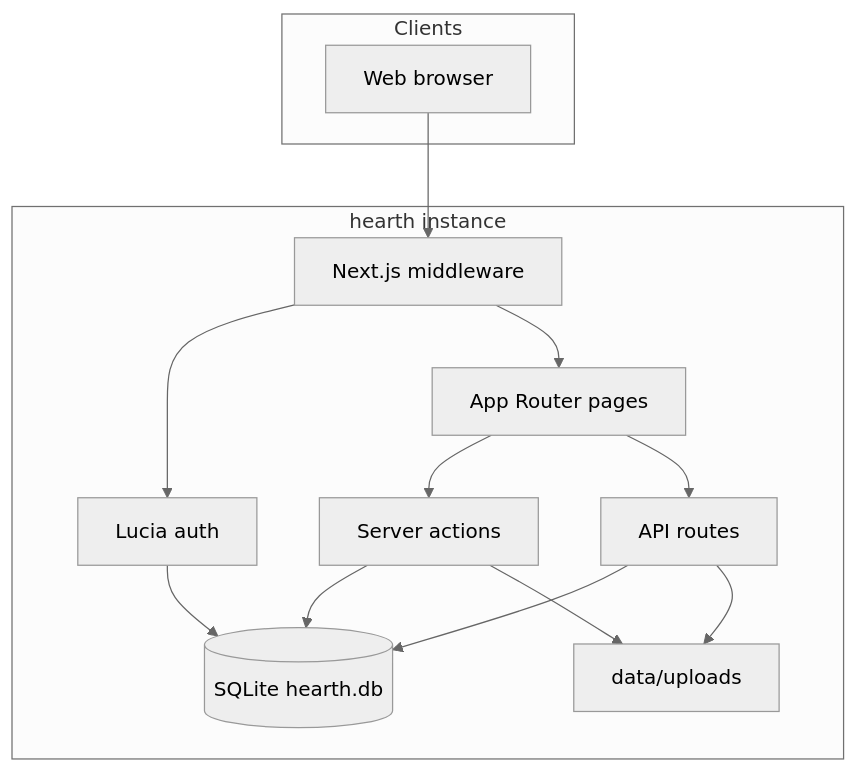
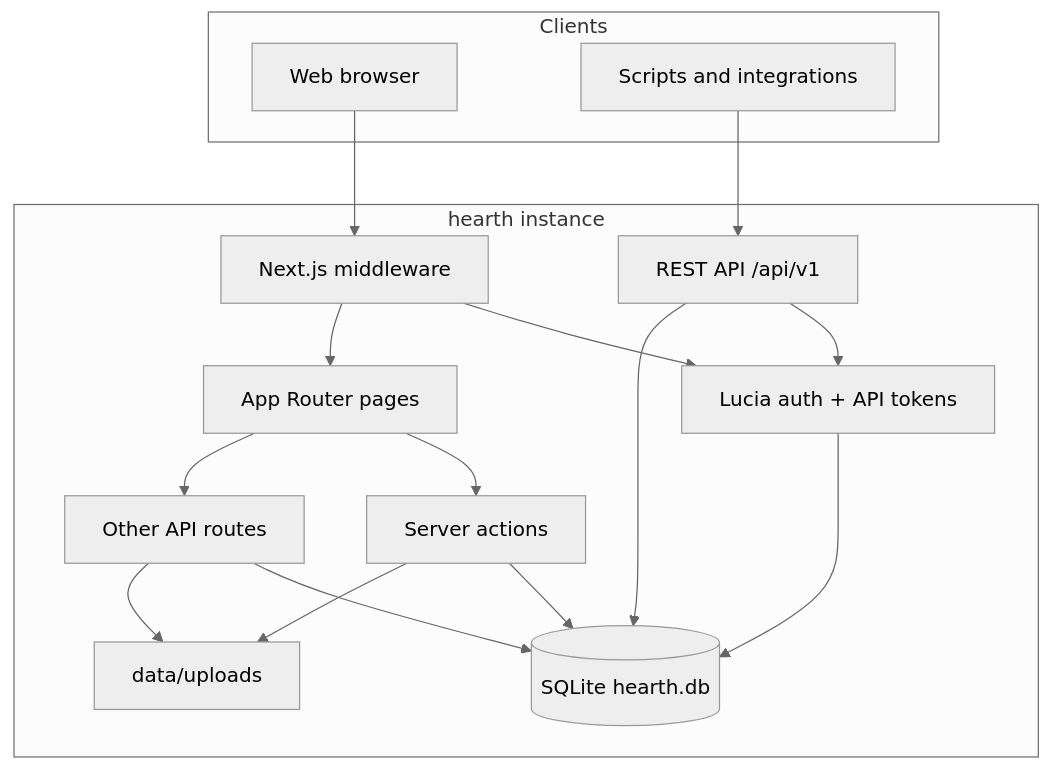
The first of 5 diagrams in docs/architecture/index.md (csubj/hearth), drawn with Mermaid (neutral theme) before and after one commit. The commit also changed other lines of this file and 142 other files, not shown here.

````diff
--- a/docs/architecture/index.md
+++ b/docs/architecture/index.md
@@ -7,27 +7,32 @@
 ```mermaid
 flowchart TB
   subgraph clients [Clients]
     Browser[Web browser]
+    Scripts[Scripts and integrations]
   end
 
   subgraph app [hearth instance]
     MW[Next.js middleware]
     Pages[App Router pages]
     Actions[Server actions]
-    API[API routes]
-    Auth[Lucia auth]
+    REST["REST API /api/v1"]
+    API[Other API routes]
+    Auth[Lucia auth + API tokens]
     DB[(SQLite hearth.db)]
     FS[data/uploads]
   end
 
   Browser --> MW
+  Scripts --> REST
   MW --> Auth
   MW --> Pages
   Pages --> Actions
   Pages --> API
+  REST --> Auth
+  REST --> DB
   Actions --> DB
   Actions --> FS
   API --> DB
   API --> FS
   Auth --> DB
 ```
````
